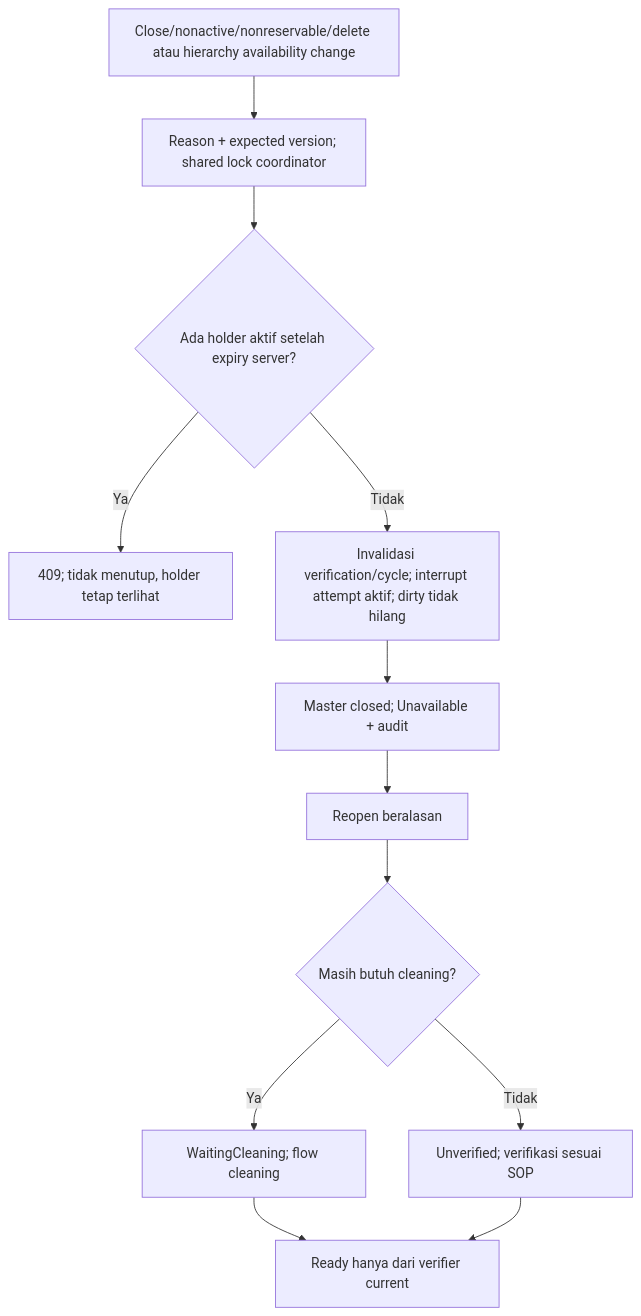
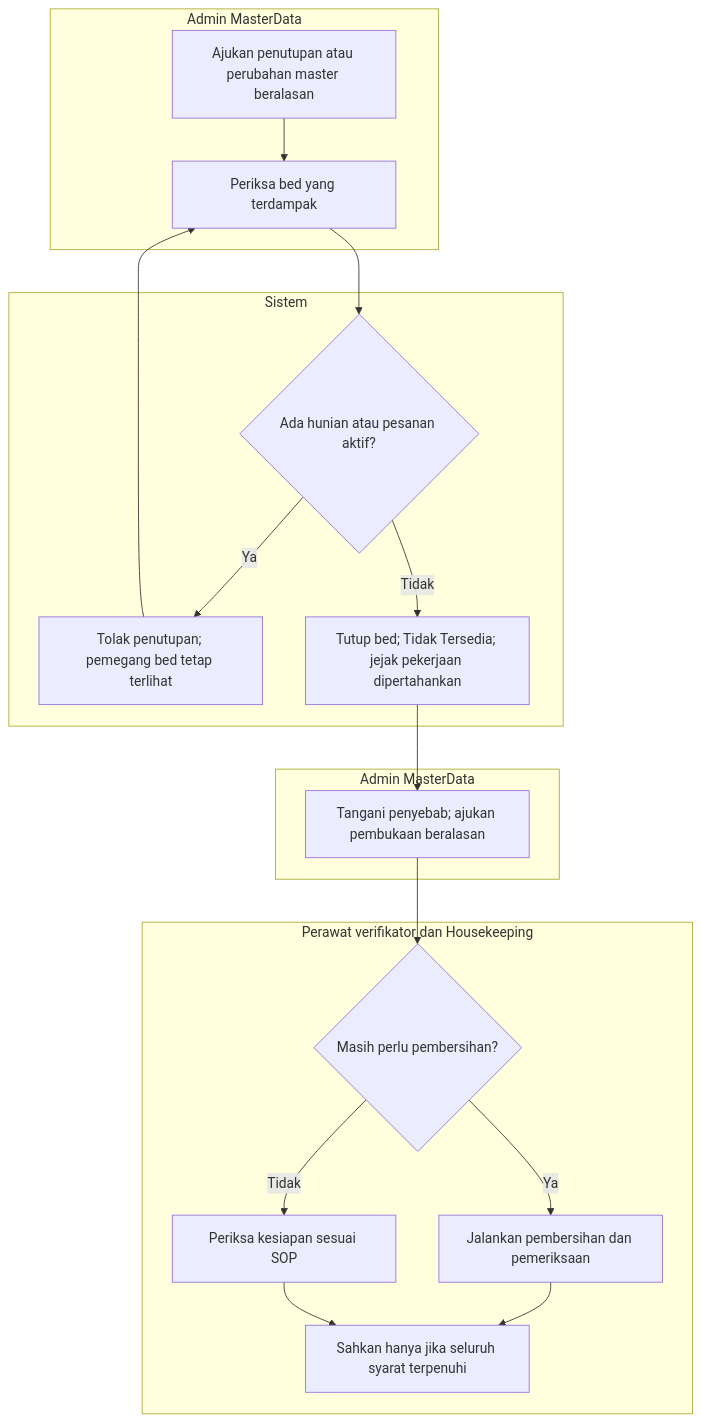
One commit to DevBenari/NewQuilvianSystemBackend changed the diagram in docs/module-blueprints/rawat-inap/episode-rawat-inap/flowcharts/12-bed-closure-reopen.md. Above: the diagram before and after it, drawn with Mermaid. The commit also changed other lines of this file and 19 other files, not shown here.

````diff
--- a/docs/module-blueprints/rawat-inap/episode-rawat-inap/flowcharts/12-bed-closure-reopen.md
+++ b/docs/module-blueprints/rawat-inap/episode-rawat-inap/flowcharts/12-bed-closure-reopen.md
@@ -7,14 +7,22 @@
 ```mermaid
 flowchart TD
- A["Close/nonactive/nonreservable/delete atau hierarchy availability change"] --> B["Reason + expected version; shared lock coordinator"]
- B --> C{"Ada holder aktif setelah expiry server?"}
- C -- Ya --> D["409; tidak menutup, holder tetap terlihat"]
- C -- Tidak --> E["Invalidasi verification/cycle; interrupt attempt aktif; dirty tidak hilang"]
- E --> F["Master closed; Unavailable + audit"]
- F --> G["Reopen beralasan"]
- G --> H{"Masih butuh cleaning?"}
- H -- Ya --> I["WaitingCleaning; flow cleaning"]
- H -- Tidak --> J["Unverified; verifikasi sesuai SOP"]
- I --> K["Ready hanya dari verifier current"]
- J --> K
+ subgraph admin[Admin MasterData]
+  A["Ajukan penutupan atau perubahan master beralasan"] --> B["Periksa bed yang terdampak"]
+ end
+ subgraph sistem[Sistem]
+  B --> C{"Ada hunian atau pesanan aktif?"}
+  C -- Ya --> D["Tolak penutupan; pemegang bed tetap terlihat"]
+  C -- Tidak --> E["Tutup bed; Tidak Tersedia; jejak pekerjaan dipertahankan"]
+ end
+ subgraph pemulihan[Admin MasterData]
+  E --> F["Tangani penyebab; ajukan pembukaan beralasan"]
+ end
+ subgraph kesiapan[Perawat verifikator dan Housekeeping]
+  F --> G{"Masih perlu pembersihan?"}
+  G -- Ya --> H["Jalankan pembersihan dan pemeriksaan"]
+  G -- Tidak --> I["Periksa kesiapan sesuai SOP"]
+  H --> J["Sahkan hanya jika seluruh syarat terpenuhi"]
+  I --> J
+ end
+ D --> B
 ```
````
